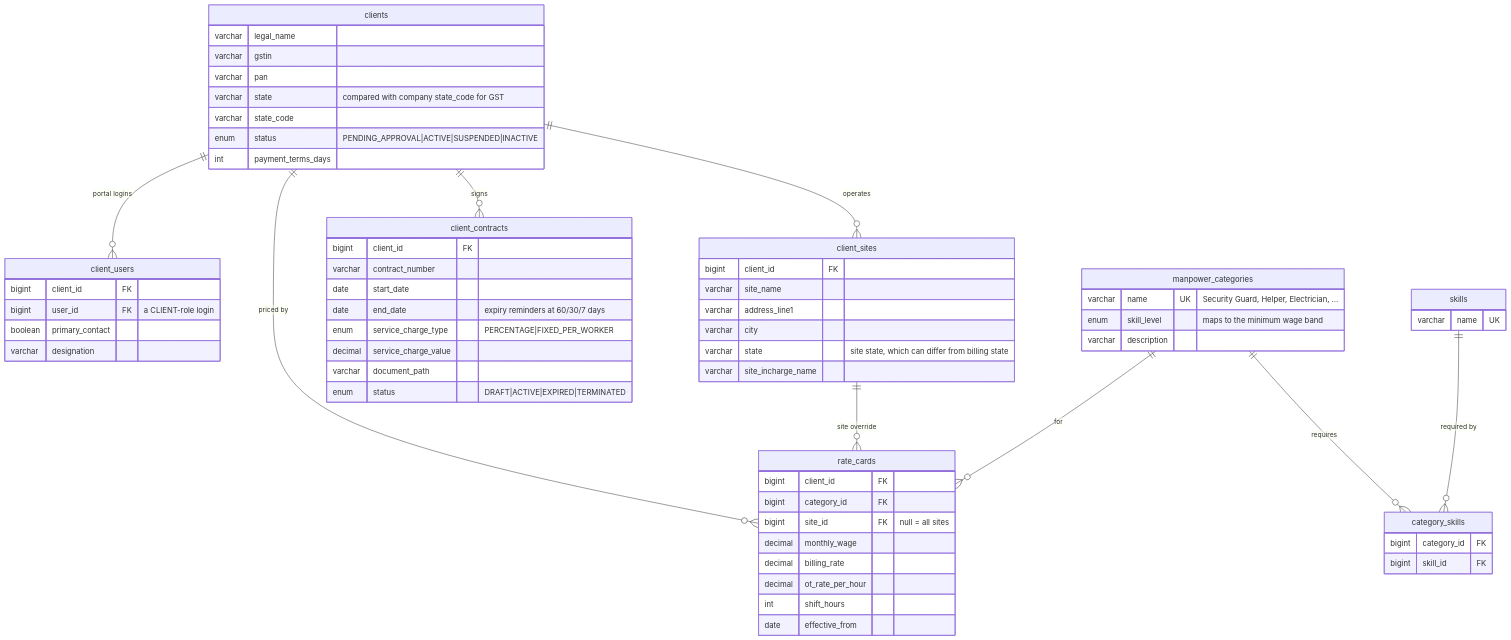
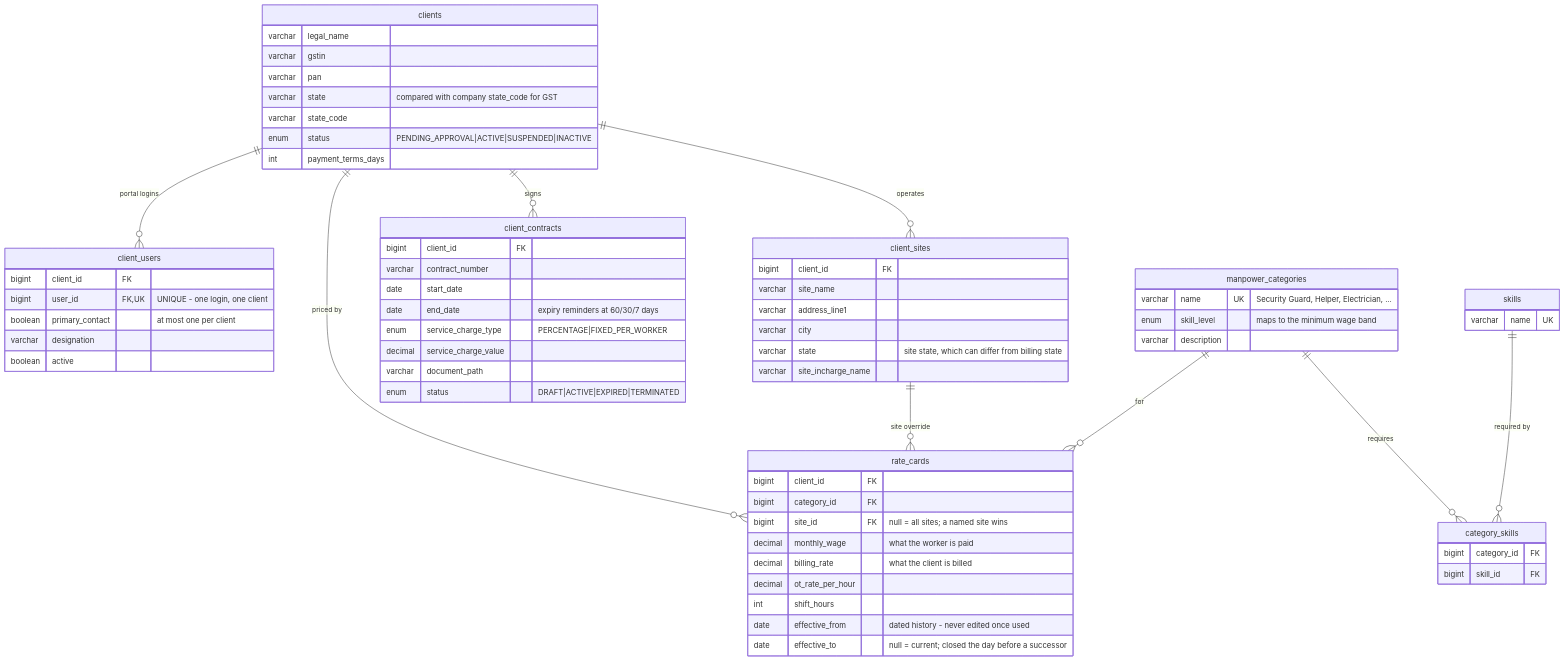
Before and after one commit to Amit-Kumar22/HrSolution-backend: the third of 9 diagrams in docs/er-diagram.md, drawn with Mermaid. The commit also changed other lines of this file and 55 other files, not shown here.

````diff
--- a/docs/er-diagram.md
+++ b/docs/er-diagram.md
@@ -167,62 +171,64 @@
 ```mermaid
 erDiagram
     clients {
         varchar legal_name
         varchar gstin
         varchar pan
         varchar state "compared with company state_code for GST"
         varchar state_code
         enum status "PENDING_APPROVAL|ACTIVE|SUSPENDED|INACTIVE"
         int payment_terms_days
     }
     client_users {
         bigint client_id FK
-        bigint user_id FK "a CLIENT-role login"
-        boolean primary_contact
+        bigint user_id FK,UK "UNIQUE - one login, one client"
+        boolean primary_contact "at most one per client"
         varchar designation
+        boolean active
     }
     client_sites {
         bigint client_id FK
         varchar site_name
         varchar address_line1
         varchar city
         varchar state "site state, which can differ from billing state"
         varchar site_incharge_name
     }
     client_contracts {
         bigint client_id FK
         varchar contract_number
         date start_date
         date end_date "expiry reminders at 60/30/7 days"
         enum service_charge_type "PERCENTAGE|FIXED_PER_WORKER"
         decimal service_charge_value
         varchar document_path
         enum status "DRAFT|ACTIVE|EXPIRED|TERMINATED"
     }
     rate_cards {
         bigint client_id FK
         bigint category_id FK
-        bigint site_id FK "null = all sites"
-        decimal monthly_wage
-        decimal billing_rate
+        bigint site_id FK "null = all sites; a named site wins"
+        decimal monthly_wage "what the worker is paid"
+        decimal billing_rate "what the client is billed"
         decimal ot_rate_per_hour
         int shift_hours
-        date effective_from
+        date effective_from "dated history - never edited once used"
+        date effective_to "null = current; closed the day before a successor"
     }
     manpower_categories {
         varchar name UK "Security Guard, Helper, Electrician, ..."
         enum skill_level "maps to the minimum wage band"
         varchar description
     }
     skills { varchar name UK }
     category_skills { bigint category_id FK  bigint skill_id FK }
 
     clients ||--o{ client_users : "portal logins"
     clients ||--o{ client_sites : "operates"
     clients ||--o{ client_contracts : "signs"
     clients ||--o{ rate_cards : "priced by"
     client_sites ||--o{ rate_cards : "site override"
     manpower_categories ||--o{ rate_cards : "for"
     manpower_categories ||--o{ category_skills : "requires"
     skills ||--o{ category_skills : "required by"
 ```
````
